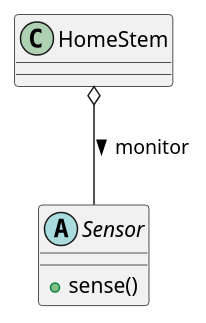
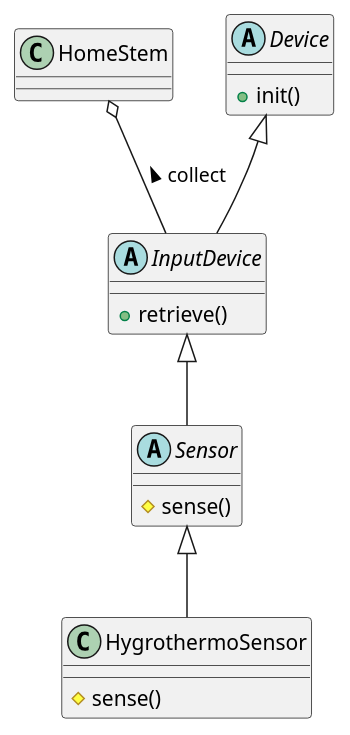
Before and after one commit to yam-tossy/HomeStem: the diagram in docs/01_classes.pu, drawn with PlantUML.

Commit message:
modify class diagram.

```diff
--- a/docs/01_classes.pu
+++ b/docs/01_classes.pu
@@ -1,20 +1,31 @@
 @startuml
 
 class HomeStem{
 
 }
+abstract Device{
+  +init()
+}
+abstract InputDevice{
+  +retrieve()
+}
 abstract Sensor{
-  +sense()
+  #sense()
+}
+class HygrothermoSensor{
+  #sense()
 }
 
-HomeStem o-- Sensor : monitor >
-
+HomeStem o-- InputDevice : collect <
+Device <|-- InputDevice
+InputDevice <|-- Sensor
+Sensor <|-- HygrothermoSensor
 ' abstract Device{
 '   +connect()
 ' }
 
 ' abstract InputDevice{
 '   +retrieve()
 ' }
 
 @enduml
```
